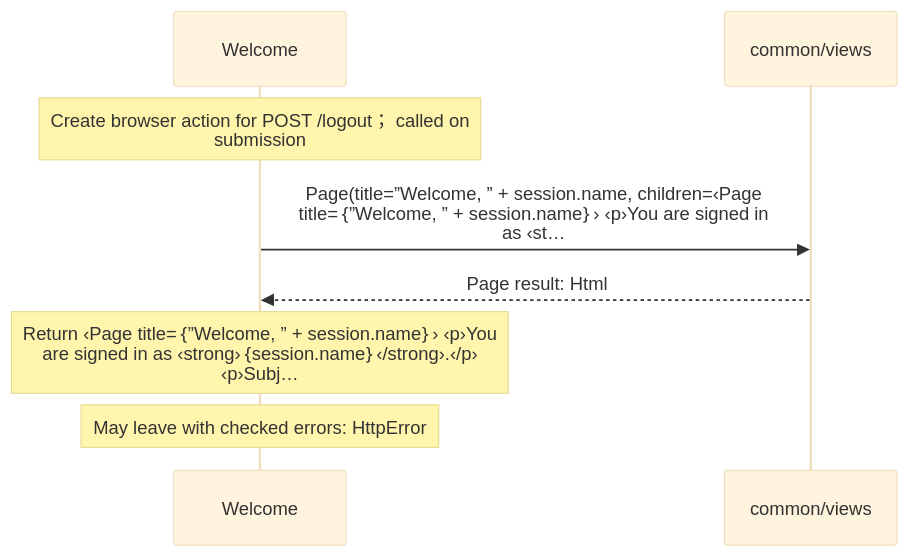
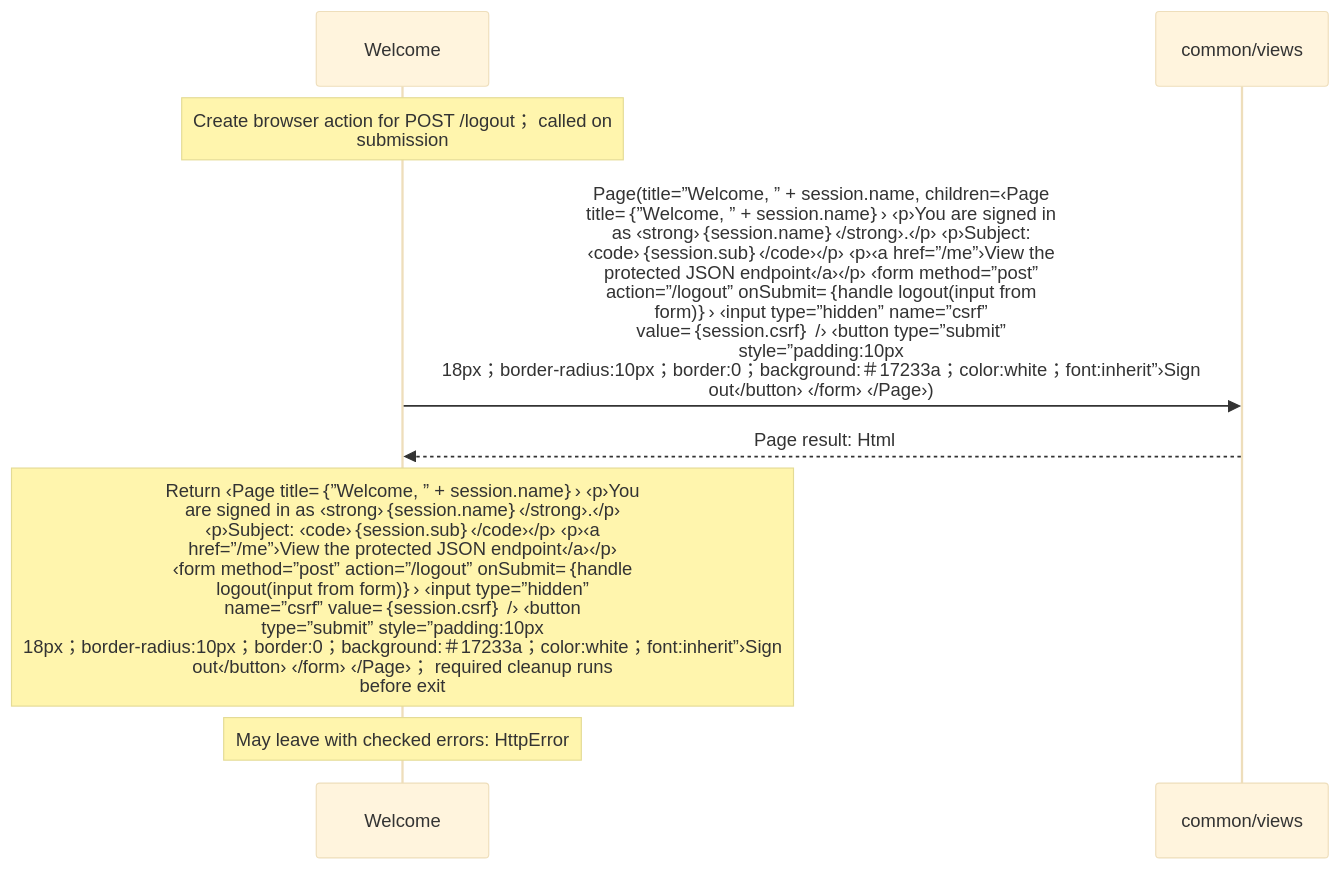
One commit to GreenPandaStudios/augscript changed the second of 2 diagrams in docs/examples/oidc-login/client/views-diagrams.md. Above: the diagram before and after it, drawn with Mermaid (base theme). The commit also changed other lines of this file and 658 other files, not shown here.

````diff
--- a/docs/examples/oidc-login/client/views-diagrams.md
+++ b/docs/examples/oidc-login/client/views-diagrams.md
@@ -45,10 +49,10 @@
 ```mermaid
 sequenceDiagram
     participant p0 as Welcome
     participant p1 as common/views
     Note over p0: Create browser action for POST /logout； called on<br/>submission
-    p0->>p1: Page(title=”Welcome, ” + session.name, children=‹Page<br/>title=｛”Welcome, ” + session.name｝› ‹p›You are signed in<br/>as ‹st…
+    p0->>p1: Page(title=”Welcome, ” + session.name, children=‹Page<br/>title=｛”Welcome, ” + session.name｝› ‹p›You are signed in<br/>as ‹strong›｛session.name｝‹/strong›.‹/p› ‹p›Subject:<br/>‹code›｛session.sub｝‹/code›‹/p› ‹p›‹a href=”/me”›View the<br/>protected JSON endpoint‹/a›‹/p› ‹form method=”post”<br/>action=”/logout” onSubmit=｛handle logout(input from<br/>form)｝› ‹input type=”hidden” name=”csrf”<br/>value=｛session.csrf｝ /› ‹button type=”submit”<br/>style=”padding:10px<br/>18px；border-radius:10px；border:0；background:＃17233a；color:white；font:inherit”›Sign<br/>out‹/button› ‹/form› ‹/Page›)
     p1-->>p0: Page result: Html
-    Note over p0: Return ‹Page title=｛”Welcome, ” + session.name｝› ‹p›You<br/>are signed in as ‹strong›｛session.name｝‹/strong›.‹/p›<br/>‹p›Subj…
+    Note over p0: Return ‹Page title=｛”Welcome, ” + session.name｝› ‹p›You<br/>are signed in as ‹strong›｛session.name｝‹/strong›.‹/p›<br/>‹p›Subject: ‹code›｛session.sub｝‹/code›‹/p› ‹p›‹a<br/>href=”/me”›View the protected JSON endpoint‹/a›‹/p›<br/>‹form method=”post” action=”/logout” onSubmit=｛handle<br/>logout(input from form)｝› ‹input type=”hidden”<br/>name=”csrf” value=｛session.csrf｝ /› ‹button<br/>type=”submit” style=”padding:10px<br/>18px；border-radius:10px；border:0；background:＃17233a；color:white；font:inherit”›Sign<br/>out‹/button› ‹/form› ‹/Page›； required cleanup runs<br/>before exit
     Note over p0: May leave with checked errors: HttpError
 ```
````
